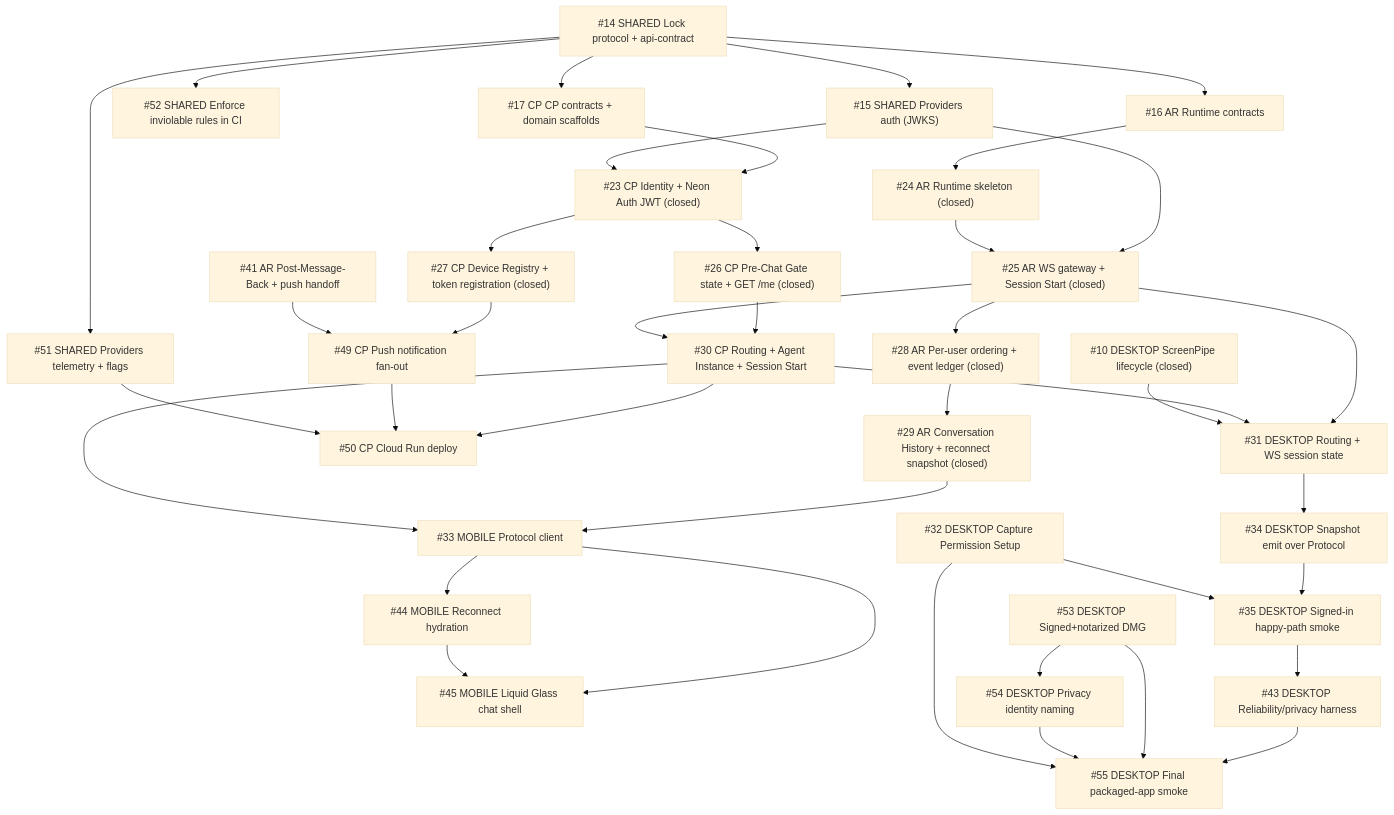
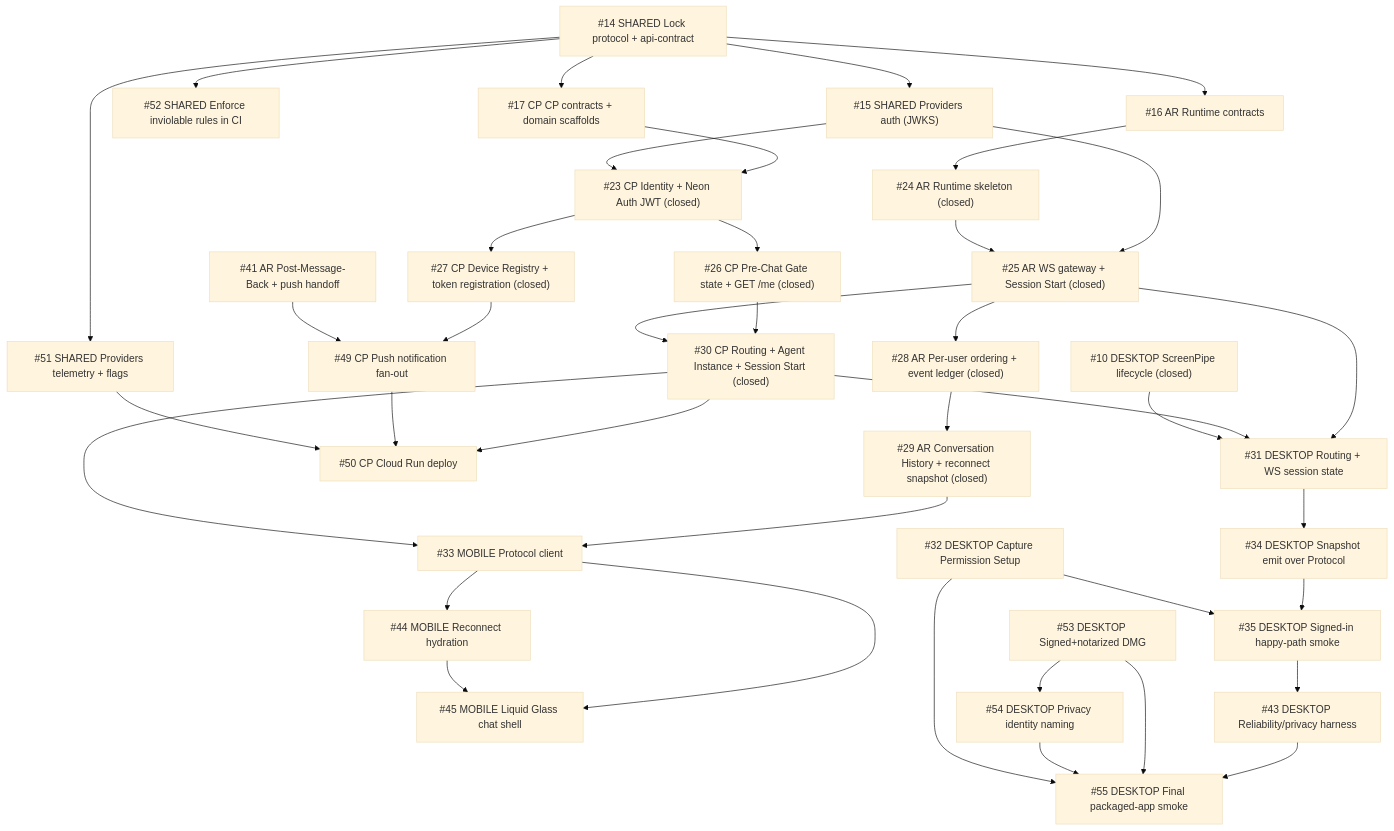
The diagram in docs/ISSUE-BOARD.md (sruj75/Intentive), drawn with Mermaid (base theme) before and after one commit. The commit also changed other lines of this file and 4 other files, not shown here.

````diff
--- a/docs/ISSUE-BOARD.md
+++ b/docs/ISSUE-BOARD.md
@@ -28,48 +28,48 @@
 ```mermaid
 flowchart TD
   N08["#14 SHARED Lock protocol + api-contract"] --> N09["#15 SHARED Providers auth (JWKS)"]
   N08 --> N45["#51 SHARED Providers telemetry + flags"]
   N08 --> N46["#52 SHARED Enforce inviolable rules in CI"]
 
   N08 --> N10["#16 AR Runtime contracts"]
   N08 --> N11["#17 CP CP contracts + domain scaffolds"]
 
   N10 --> N18["#24 AR Runtime skeleton (closed)"]
   N09 --> N19
   N18 --> N19["#25 AR WS gateway + Session Start (closed)"]
   N19 --> N22["#28 AR Per-user ordering + event ledger (closed)"]
   N22 --> N23["#29 AR Conversation History + reconnect snapshot (closed)"]
 
   N11 --> N17["#23 CP Identity + Neon Auth JWT (closed)"]
   N09 --> N17
   N17 --> N20["#26 CP Pre-Chat Gate state + GET /me (closed)"]
   N17 --> N21["#27 CP Device Registry + token registration (closed)"]
-  N20 --> N24["#30 CP Routing + Agent Instance + Session Start"]
+  N20 --> N24["#30 CP Routing + Agent Instance + Session Start (closed)"]
   N19 --> N24
   N21 --> N43["#49 CP Push notification fan-out"]
   N35["#41 AR Post-Message-Back + push handoff"] --> N43
   N24 --> N44["#50 CP Cloud Run deploy"]
   N43 --> N44
   N45 --> N44
 
   N23 --> N27["#33 MOBILE Protocol client"]
   N24 --> N27
   N27 --> N38["#44 MOBILE Reconnect hydration"]
   N27 --> N39["#45 MOBILE Liquid Glass chat shell"]
   N38 --> N39
 
   N19 --> N25["#31 DESKTOP Routing + WS session state"]
   N24 --> N25
   N04["#10 DESKTOP ScreenPipe lifecycle (closed)"] --> N25
   N25 --> N28["#34 DESKTOP Snapshot emit over Protocol"]
   N28 --> N29["#35 DESKTOP Signed-in happy-path smoke"]
 
   N47["#53 DESKTOP Signed+notarized DMG"] --> N48["#54 DESKTOP Privacy identity naming"]
   N26["#32 DESKTOP Capture Permission Setup"] --> N29
   N49["#55 DESKTOP Final packaged-app smoke"]
   N29 --> N37["#43 DESKTOP Reliability/privacy harness"]
   N37 --> N49
   N47 --> N49
   N48 --> N49
   N26 --> N49
 ```
````
